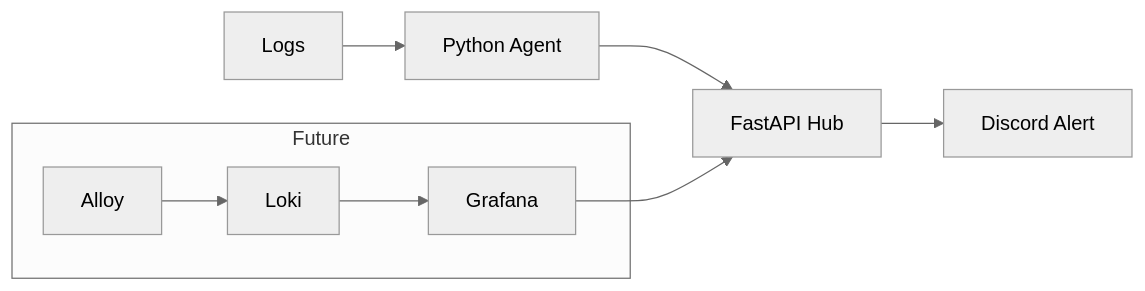
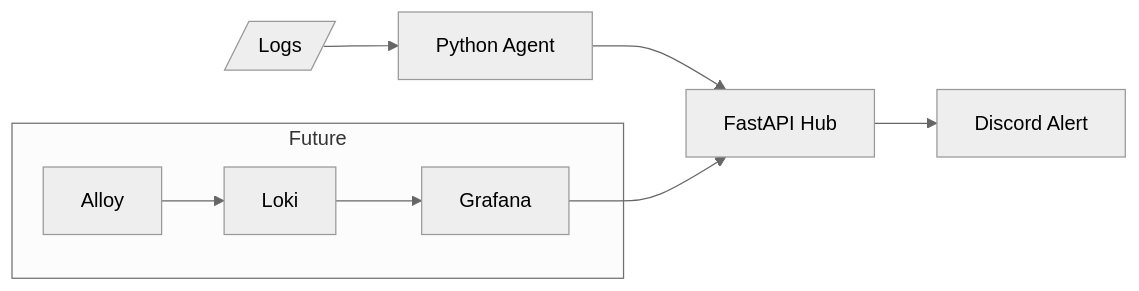
Before and after one commit to thor-thevapol/devops-alert-system: the diagram in README.md, drawn with Mermaid (neutral theme). The commit also changed other lines of this file, not shown here.

````diff
--- a/README.md
+++ b/README.md
@@ -20,22 +20,22 @@
 ```mermaid
 flowchart LR
 %% ##### DEFINE #####
-logs[Logs]
+logs[/Logs/]
 py_agent[Python Agent]
 py_fastapi[FastAPI Hub]
 discord_alert[Discord Alert]
 
 subgraph Future
 	alloy[Alloy]
 	loki[Loki]
 	grafana[Grafana]
 end
 
 %% ===== FLOW =====
 logs --> py_agent
 py_agent --> py_fastapi
 py_fastapi --> discord_alert
 
 alloy --> loki --> grafana
 grafana --> py_fastapi
 ```
````
